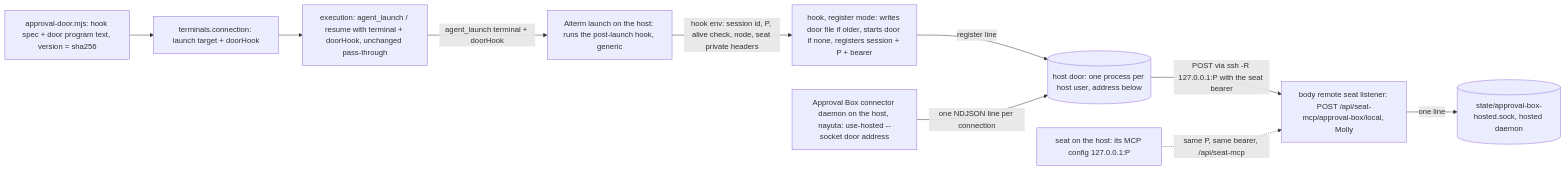
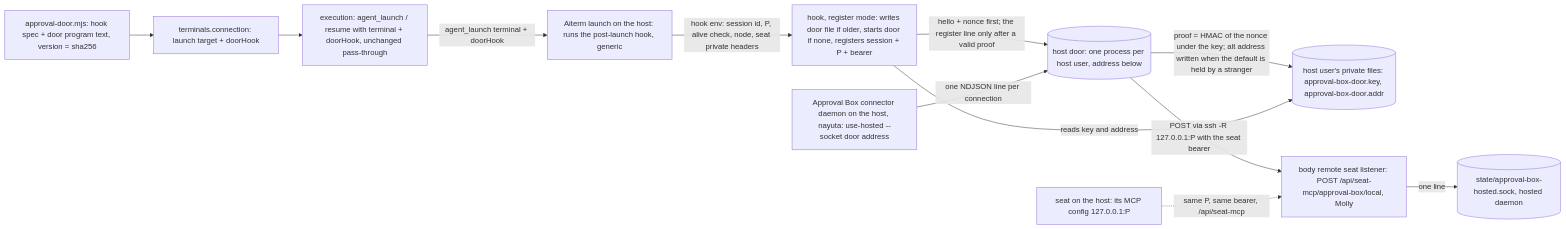
One commit to kitepon/BellTeam changed diagram 11 of 13 in docs/architecture/modules/terminals/README.md. Above: the diagram before and after it, drawn with Mermaid. The commit also changed other lines of this file and 3 other files, not shown here.

First line of the commit message:
a532b1: Windows Approval Box door never hands the seat bearer to a squatted pipe

````diff
--- a/docs/architecture/modules/terminals/README.md
+++ b/docs/architecture/modules/terminals/README.md
@@ -527,22 +527,25 @@
 ```mermaid
 flowchart LR
   Conn[terminals.connection: launch target + doorHook]
   Hook[approval-door.mjs: hook spec + door program text, version = sha256]
   Exec[execution: agent_launch / resume with terminal + doorHook, unchanged pass-through]
   Aiterm[Aiterm launch on the host: runs the post-launch hook, generic]
   Reg[hook, register mode: writes door file if older, starts door if none, registers session + P + bearer]
   Door[(host door: one process per host user, address below)]
   Seat[seat on the host: its MCP config 127.0.0.1:P]
   Daemon[Approval Box connector daemon on the host, nayuta: use-hosted --socket door address]
+  Priv[(host user's private files: approval-box-door.key, approval-box-door.addr)]
   Route[body remote seat listener: POST /api/seat-mcp/approval-box/local, Molly]
   Hosted[(state/approval-box-hosted.sock, hosted daemon)]
   Conn --> Exec
   Hook --> Conn
   Exec -->|agent_launch terminal + doorHook| Aiterm
   Aiterm -->|hook env: session id, P, alive check, node, seat private headers| Reg
-  Reg -->|register line| Door
+  Reg -->|hello + nonce first; the register line only after a valid proof| Door
+  Door -->|proof = HMAC of the nonce under the key; alt address written when the default is held by a stranger| Priv
+  Reg -->|reads key and address| Priv
   Daemon -->|one NDJSON line per connection| Door
   Door -->|POST via ssh -R 127.0.0.1:P with the seat bearer| Route
   Route -->|one line| Hosted
   Seat -.->|same P, same bearer, /api/seat-mcp| Route
 ```
````
